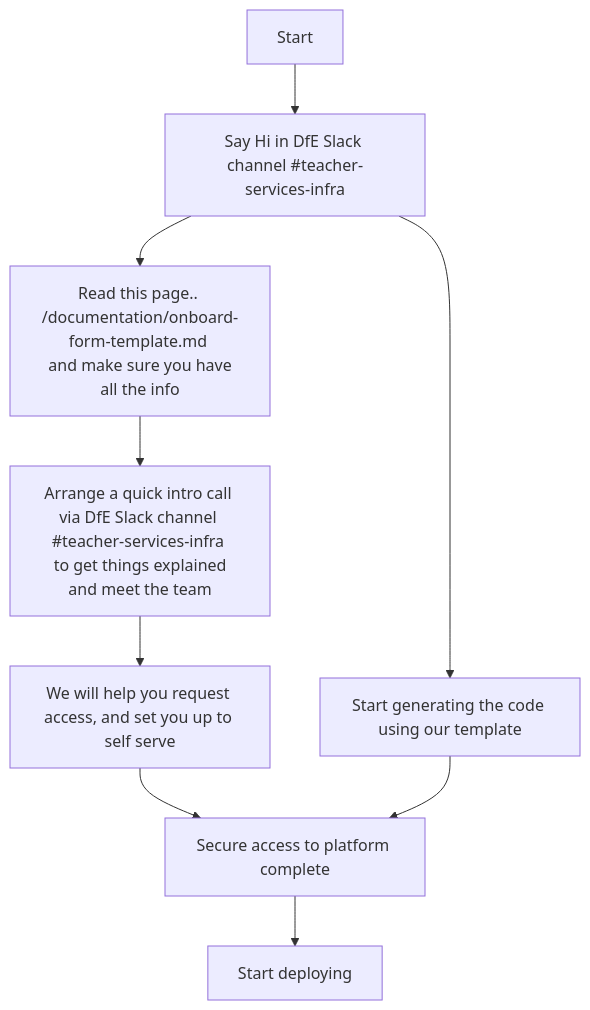
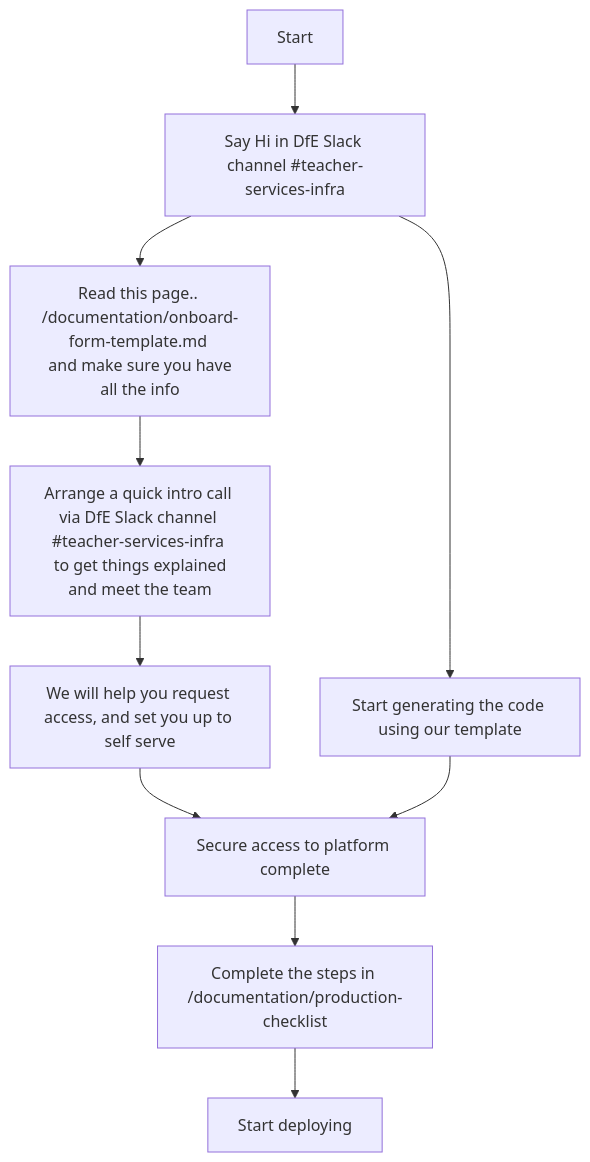
Before and after one commit to DFE-Digital/teacher-services-cloud: the diagram in documentation/onboard-service.md, drawn with Mermaid. The commit also changed other lines of this file, not shown here.

Commit message:
added check production-checklist.md step

````diff
--- a/documentation/onboard-service.md
+++ b/documentation/onboard-service.md
@@ -4,11 +4,12 @@
 ```mermaid
 flowchart TD;
     Start["Start"] --> Slack["Say Hi in DfE Slack channel #teacher-services-infra"];
     Slack --> GetCoding["Start generating the code using our template"];
     Slack --> FillForm["Read this page.. /documentation/onboard-form-template.md <br> and make sure you have all the info"];
     FillForm --> OnboardCall["Arrange a quick intro call via DfE Slack channel #teacher-services-infra <br> to get things explained and meet the team"];
     OnboardCall --> SetUpCall["We will help you request access, and set you up to self serve"];
     SetUpCall --> SetUpComplete["Secure access to platform complete"];
+    SetUpComplete --> ProdReady["Complete the steps in /documentation/production-checklist"]
     GetCoding --> SetUpComplete;
-    SetUpComplete --> Done["Start deploying"] ;
+    ProdReady --> Done["Start deploying"] ;
 ```
````
